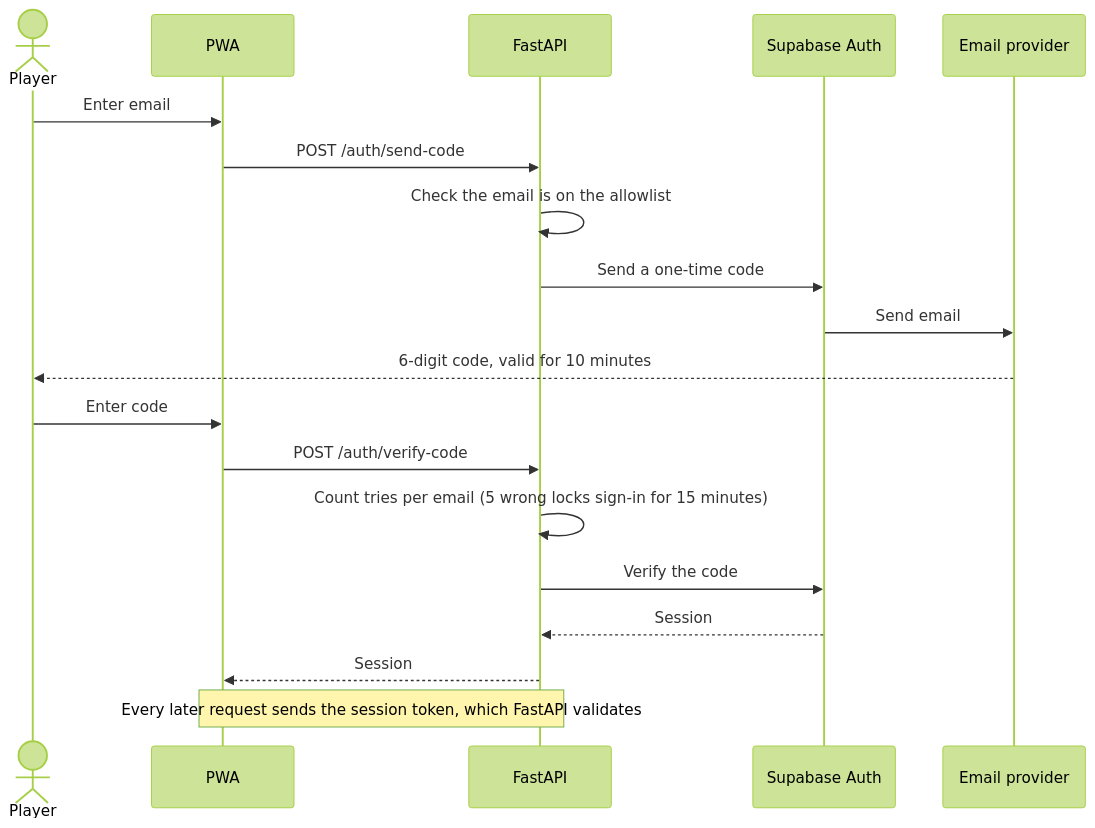
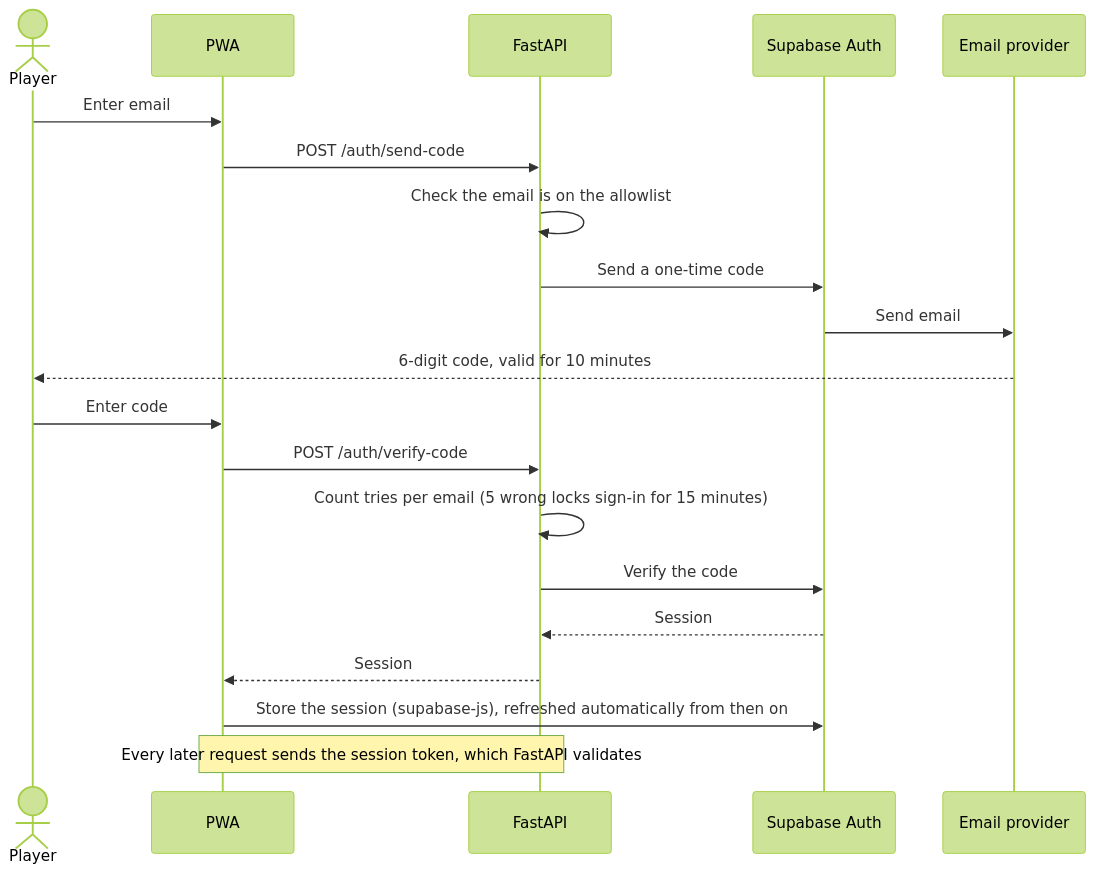
The second of 5 diagrams in docs/architecture.md (azamatsmith/soul-search), drawn with Mermaid (forest theme) before and after one commit. The commit also changed other lines of this file and 1 other file, not shown here.

Commit message:
docs: document web supabase env vars and session refresh

````diff
--- a/docs/architecture.md
+++ b/docs/architecture.md
@@ -38,22 +39,23 @@
 ```mermaid
 sequenceDiagram
     actor player as Player
     participant pwa as PWA
     participant api as FastAPI
     participant auth as Supabase Auth
     participant mail as Email provider
 
     player->>pwa: Enter email
     pwa->>api: POST /auth/send-code
     api->>api: Check the email is on the allowlist
     api->>auth: Send a one-time code
     auth->>mail: Send email
     mail-->>player: 6-digit code, valid for 10 minutes
     player->>pwa: Enter code
     pwa->>api: POST /auth/verify-code
     api->>api: Count tries per email (5 wrong locks sign-in for 15 minutes)
     api->>auth: Verify the code
     auth-->>api: Session
     api-->>pwa: Session
+    pwa->>auth: Store the session (supabase-js), refreshed automatically from then on
     Note over pwa,api: Every later request sends the session token, which FastAPI validates
 ```
````
